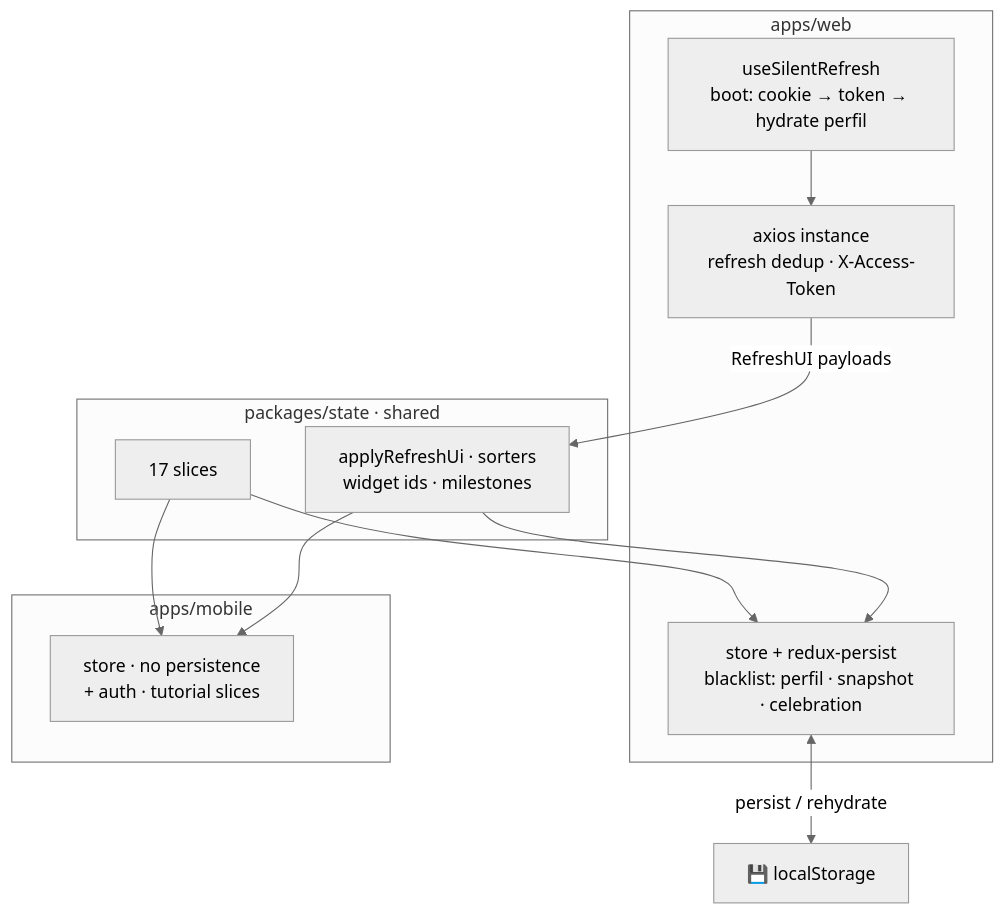
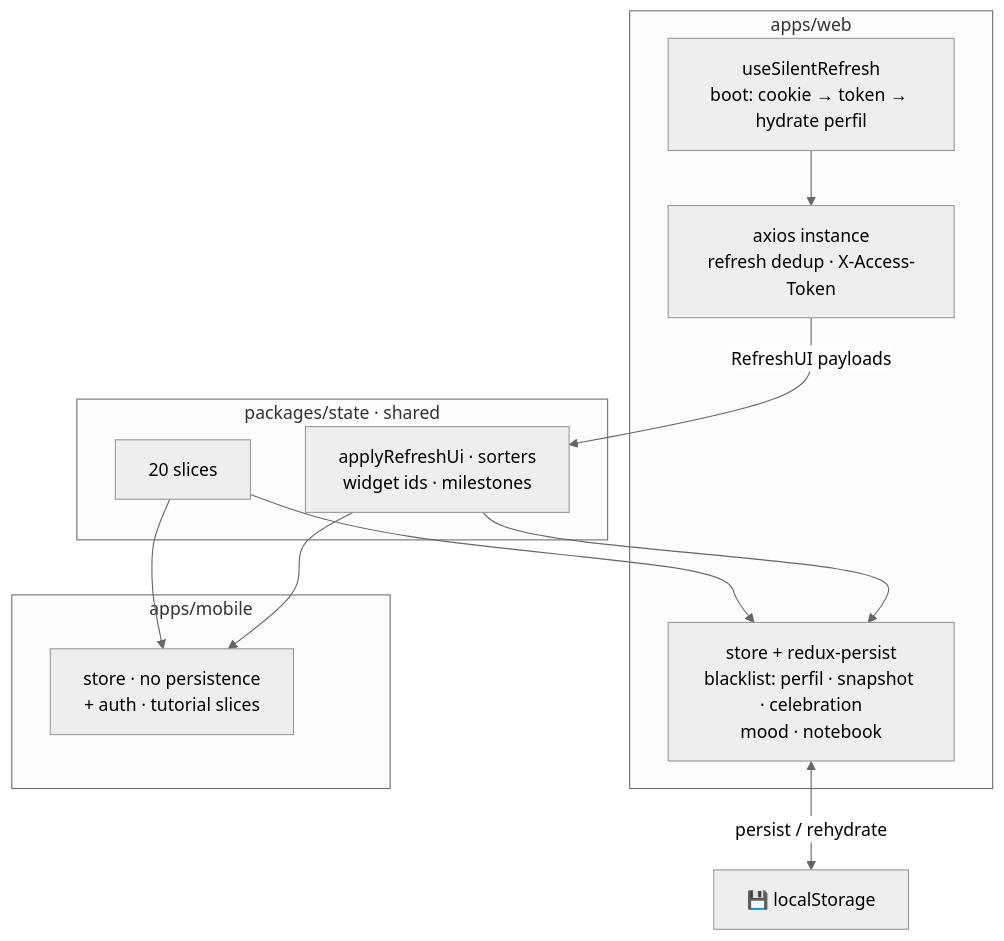
Before and after one commit to AndDev741/Beyou-arch-design: the diagram in architecture/redux-data/diagram.mmd, drawn with Mermaid (neutral theme). The commit also changed 39 other files, not shown here.

```diff
--- a/architecture/redux-data/diagram.mmd
+++ b/architecture/redux-data/diagram.mmd
@@ -1,23 +1,23 @@
 flowchart TD
   subgraph pkg["packages/state · shared"]
-    SL["17 slices"]
+    SL["20 slices"]
     FN["applyRefreshUi · sorters<br/>widget ids · milestones"]
   end
 
   subgraph web["apps/web"]
-    WS["store + redux-persist<br/>blacklist: perfil · snapshot · celebration"]
+    WS["store + redux-persist<br/>blacklist: perfil · snapshot · celebration<br/>mood · notebook"]
     AX["axios instance<br/>refresh dedup · X-Access-Token"]
     SR["useSilentRefresh<br/>boot: cookie → token → hydrate perfil"]
   end
 
   subgraph mobile["apps/mobile"]
     MS["store · no persistence<br/>+ auth · tutorial slices"]
   end
 
   SL --> WS
   SL --> MS
   FN --> WS
   FN --> MS
   SR --> AX
   AX -->|"RefreshUI payloads"| FN
   WS <-->|"persist / rehydrate"| LS["💾 localStorage"]
```
